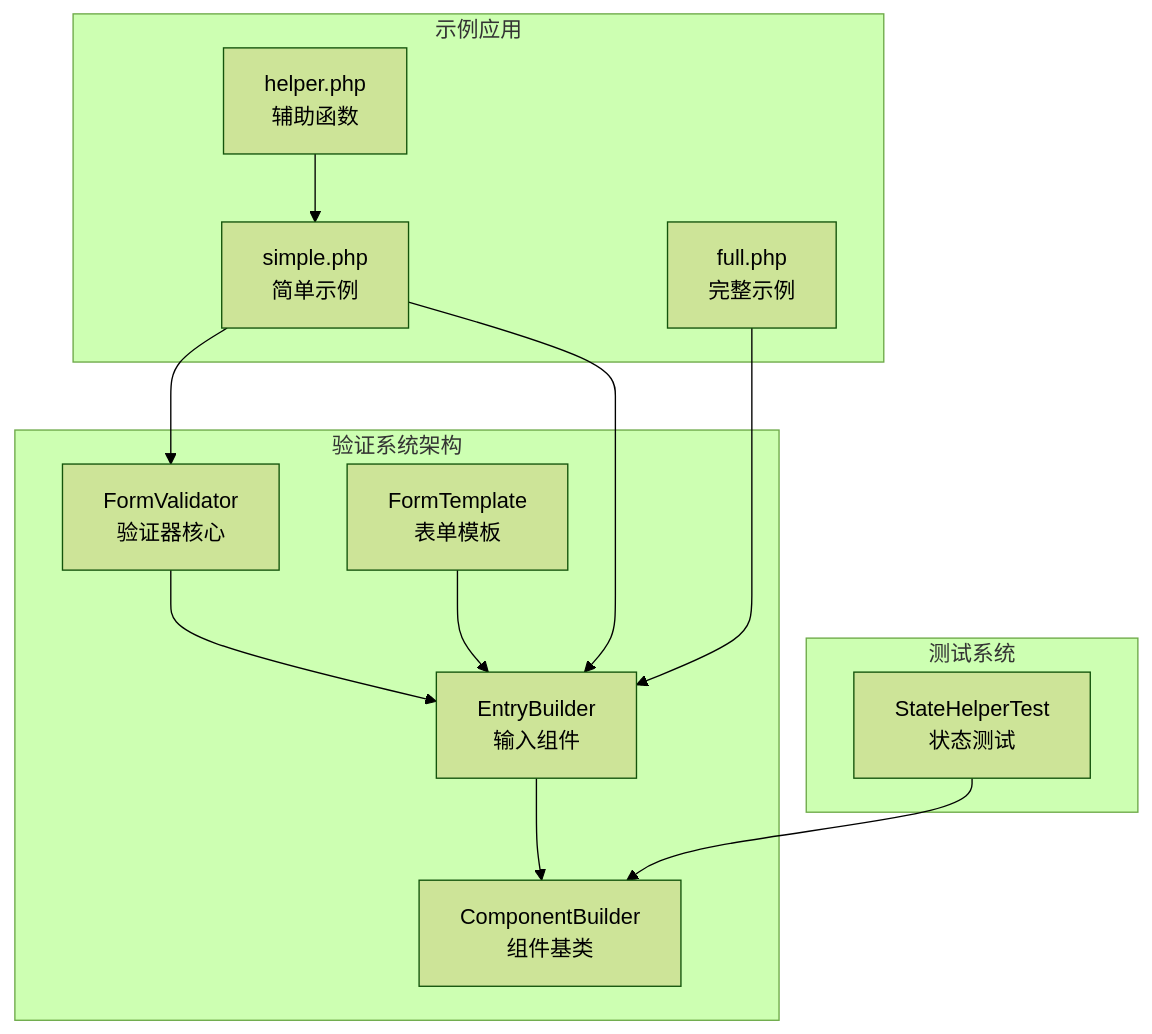
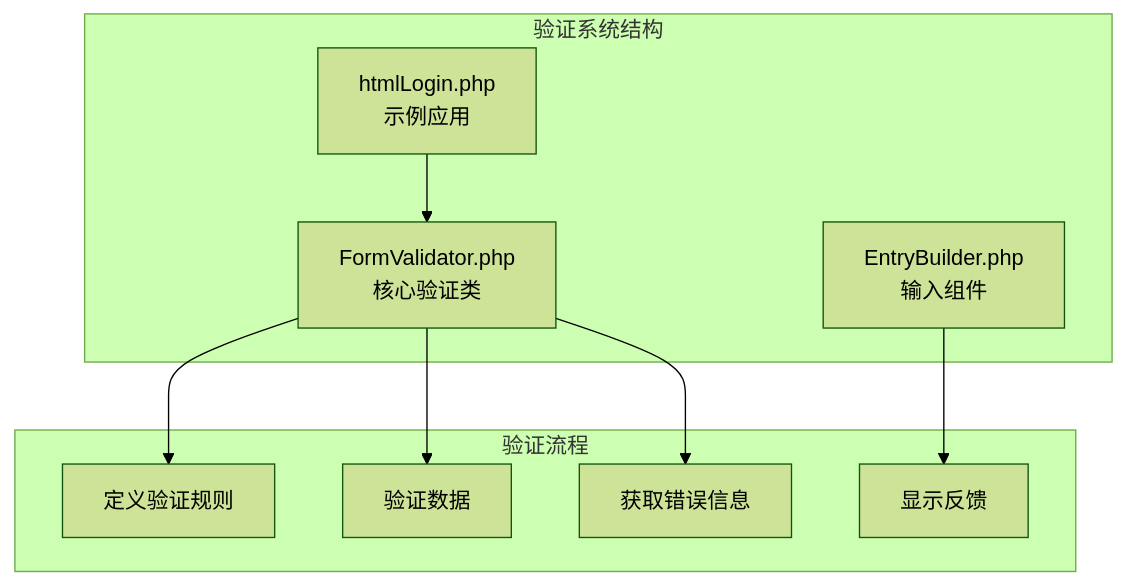
One commit to yangweijie/libuiBuilder changed the first of 7 diagrams in .qoder/repowiki/zh/content/验证系统.md. Above: the diagram before and after it, drawn with Mermaid (forest theme). The commit also changed other lines of this file and 126 other files, not shown here.

````diff
--- a/.qoder/repowiki/zh/content/验证系统.md
+++ b/.qoder/repowiki/zh/content/验证系统.md
@@ -41,25 +38,19 @@
 ```mermaid
 graph TB
-subgraph "验证系统架构"
-Validator["FormValidator<br/>验证器核心"]
-Entry["EntryBuilder<br/>输入组件"]
-Component["ComponentBuilder<br/>组件基类"]
-Template["FormTemplate<br/>表单模板"]
+subgraph "验证系统结构"
+FormValidator["FormValidator.php<br/>核心验证类"]
+EntryBuilder["EntryBuilder.php<br/>输入组件"]
+Example["htmlLogin.php<br/>示例应用"]
 end
-subgraph "示例应用"
-Simple["simple.php<br/>简单示例"]
-Full["full.php<br/>完整示例"]
-Helper["helper.php<br/>辅助函数"]
+subgraph "验证流程"
+DefineRules["定义验证规则"]
+ValidateData["验证数据"]
+GetErrors["获取错误信息"]
+DisplayFeedback["显示反馈"]
 end
-subgraph "测试系统"
-Test["StateHelperTest<br/>状态测试"]
-end
-Validator --> Entry
-Entry --> Component
-Template --> Entry
-Simple --> Validator
-Simple --> Entry
-Full --> Entry
-Helper --> Simple
-Test --> Component
+FormValidator --> DefineRules
+FormValidator --> ValidateData
+FormValidator --> GetErrors
+EntryBuilder --> DisplayFeedback
+Example --> FormValidator
 ```
````
